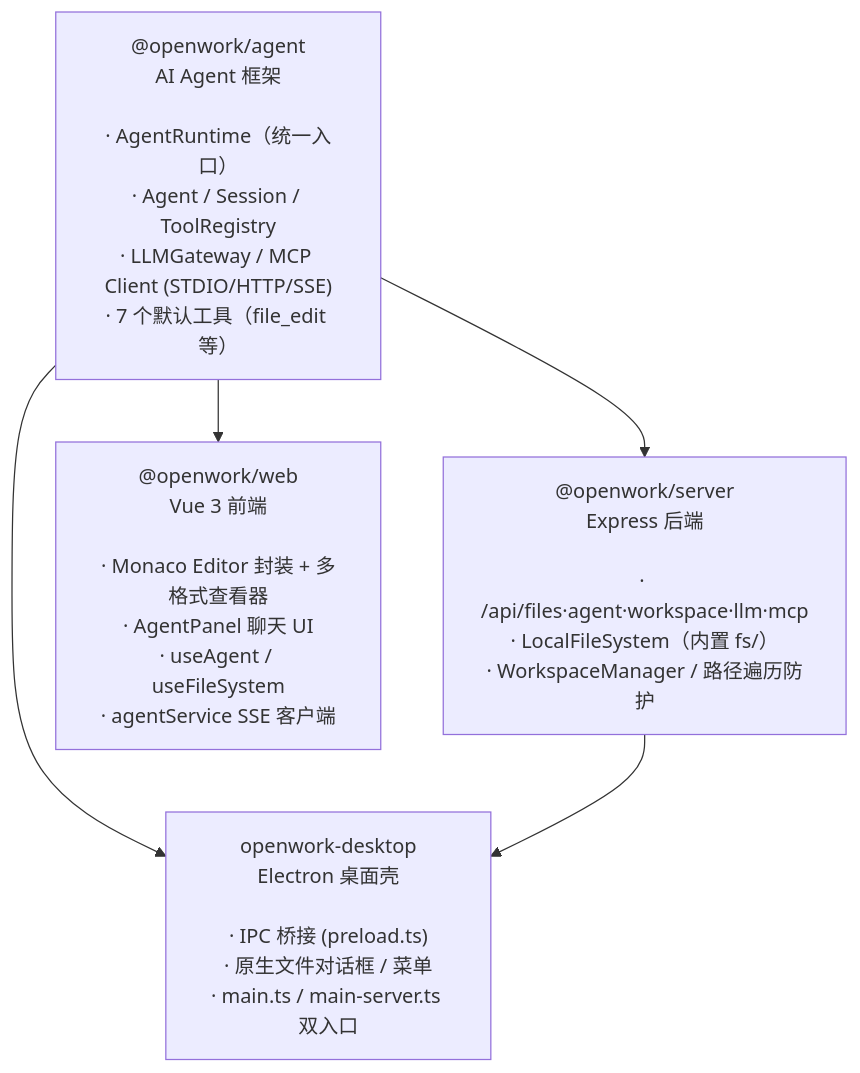
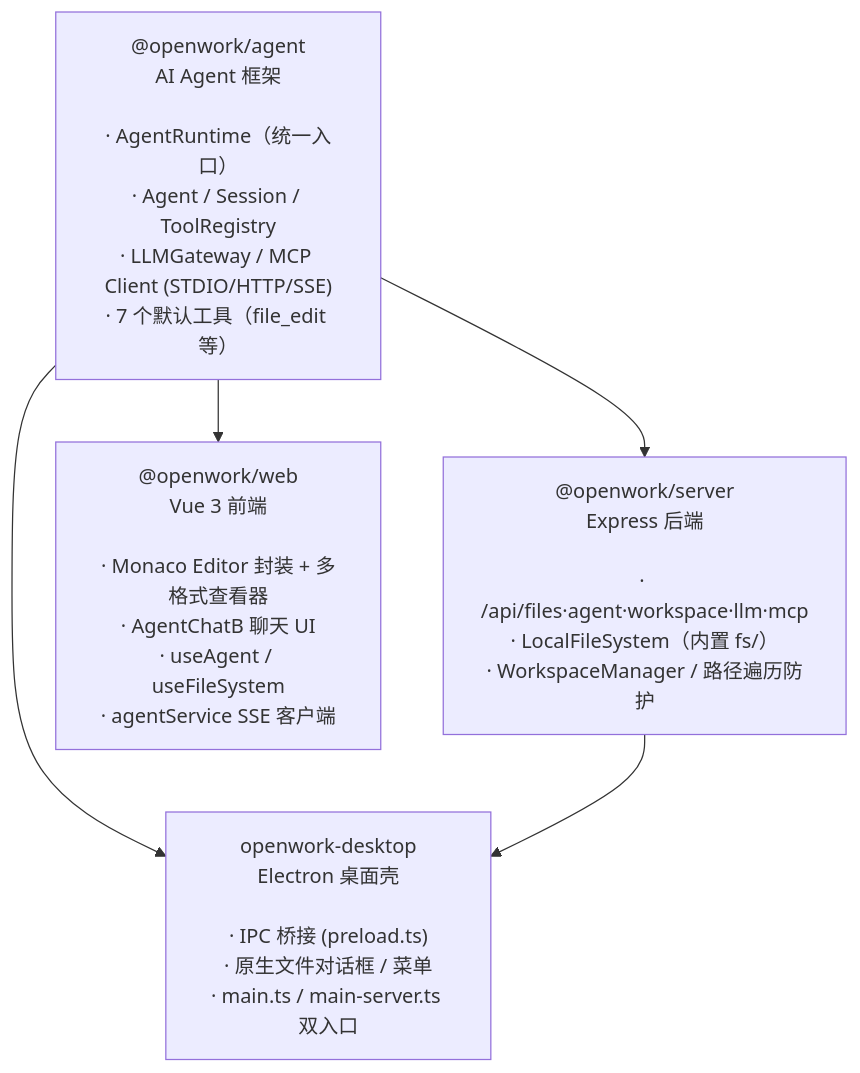
The first of 5 diagrams in README.md (yishuw/Openwork_wy), drawn with Mermaid before and after one commit. The commit also changed other lines of this file and 16 other files, not shown here.

````diff
--- a/README.md
+++ b/README.md
@@ -160,12 +177,12 @@
 ```mermaid
 graph TD
     agent["@openwork/agent<br/>AI Agent 框架<br/><br/>· AgentRuntime（统一入口）<br/>· Agent / Session / ToolRegistry<br/>· LLMGateway / MCP Client (STDIO/HTTP/SSE)<br/>· 7 个默认工具（file_edit 等）"]
     server["@openwork/server<br/>Express 后端<br/><br/>· /api/files·agent·workspace·llm·mcp<br/>· LocalFileSystem（内置 fs/）<br/>· WorkspaceManager / 路径遍历防护"]
-    web["@openwork/web<br/>Vue 3 前端<br/><br/>· Monaco Editor 封装 + 多格式查看器<br/>· AgentPanel 聊天 UI<br/>· useAgent / useFileSystem<br/>· agentService SSE 客户端"]
+    web["@openwork/web<br/>Vue 3 前端<br/><br/>· Monaco Editor 封装 + 多格式查看器<br/>· AgentChatB 聊天 UI<br/>· useAgent / useFileSystem<br/>· agentService SSE 客户端"]
     electron["openwork-desktop<br/>Electron 桌面壳<br/><br/>· IPC 桥接 (preload.ts)<br/>· 原生文件对话框 / 菜单<br/>· main.ts / main-server.ts 双入口"]
 
     agent --> server
     agent --> web
     agent --> electron
     server --> electron
 ```
````
